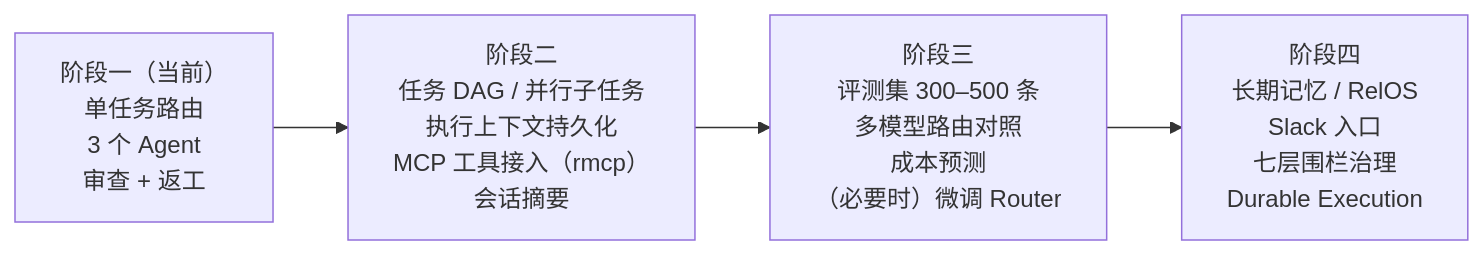
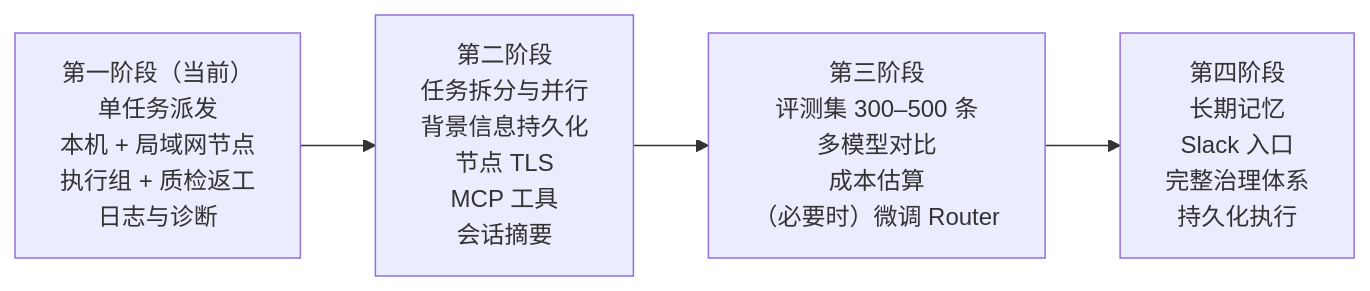
Before and after one commit to Grant-Huang/multi-agent-conv-mvp: the eighth of 8 diagrams in docs/DESIGN.md, drawn with Mermaid. The commit also changed other lines of this file and 46 other files, not shown here.

````diff
--- a/docs/DESIGN.md
+++ b/docs/DESIGN.md
@@ -1020,6 +794,6 @@
 ```mermaid
 flowchart LR
-    P1["阶段一（当前）<br/>单任务路由<br/>3 个 Agent<br/>审查 + 返工"] --> P2["阶段二<br/>任务 DAG / 并行子任务<br/>执行上下文持久化<br/>MCP 工具接入（rmcp）<br/>会话摘要"]
-    P2 --> P3["阶段三<br/>评测集 300–500 条<br/>多模型路由对照<br/>成本预测<br/>（必要时）微调 Router"]
-    P3 --> P4["阶段四<br/>长期记忆 / RelOS<br/>Slack 入口<br/>七层围栏治理<br/>Durable Execution"]
+    P1["第一阶段（当前）<br/>单任务派发<br/>本机 + 局域网节点<br/>执行组 + 质检返工<br/>日志与诊断"] --> P2["第二阶段<br/>任务拆分与并行<br/>背景信息持久化<br/>节点 TLS<br/>MCP 工具<br/>会话摘要"]
+    P2 --> P3["第三阶段<br/>评测集 300–500 条<br/>多模型对比<br/>成本估算<br/>（必要时）微调 Router"]
+    P3 --> P4["第四阶段<br/>长期记忆<br/>Slack 入口<br/>完整治理体系<br/>持久化执行"]
 ```
````
